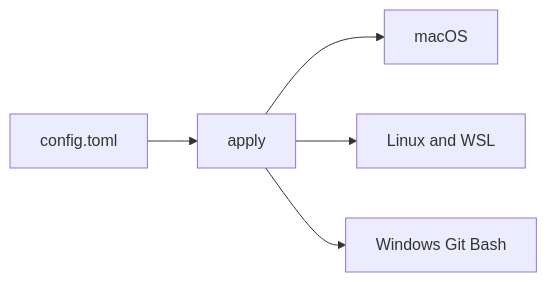
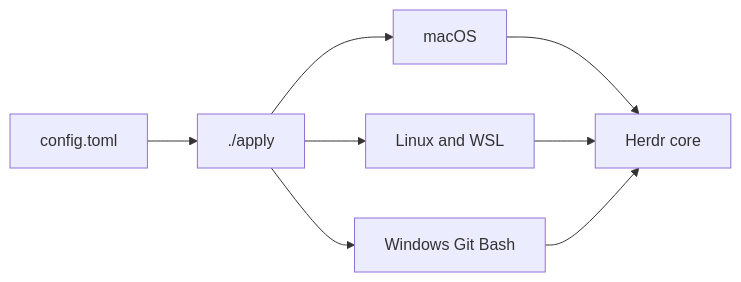
One commit to tyler-jewell/herdr changed the diagram in README.md. Above: the diagram before and after it, drawn with Mermaid. The commit also changed other lines of this file and 27 other files, not shown here.

````diff
--- a/README.md
+++ b/README.md
@@ -32,12 +15,8 @@
 ```mermaid
 flowchart LR
-  src[config.toml]
-  apply[apply]
-  mac[macOS]
-  linux[Linux and WSL]
-  win[Windows Git Bash]
-  src --> apply
-  apply --> mac
-  apply --> linux
-  apply --> win
+  src[config.toml] --> apply[./apply]
+  apply --> mac[macOS]
+  apply --> linux[Linux and WSL]
+  apply --> win[Windows Git Bash]
+  mac & linux & win --> core[Herdr core]
 ```
````
